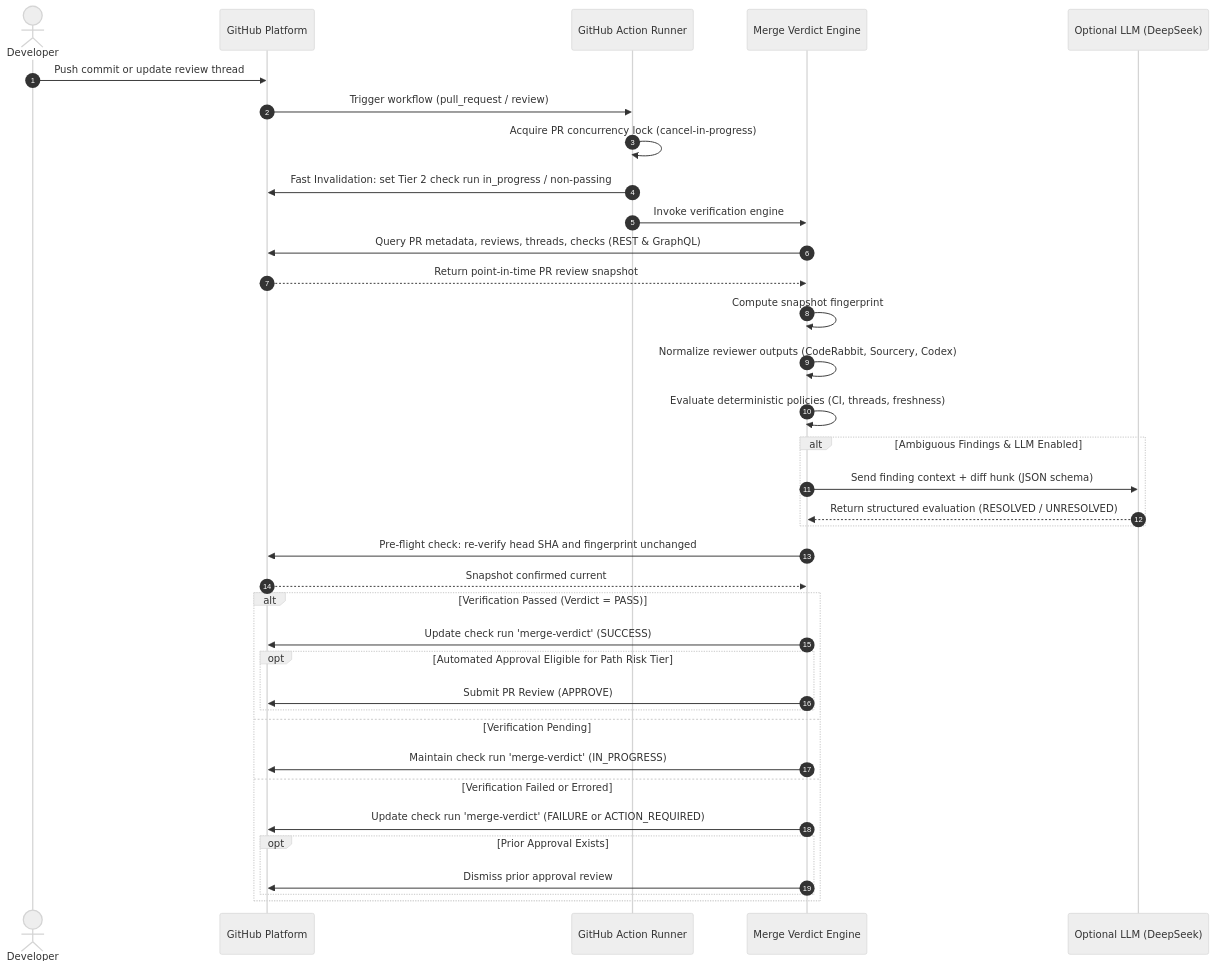
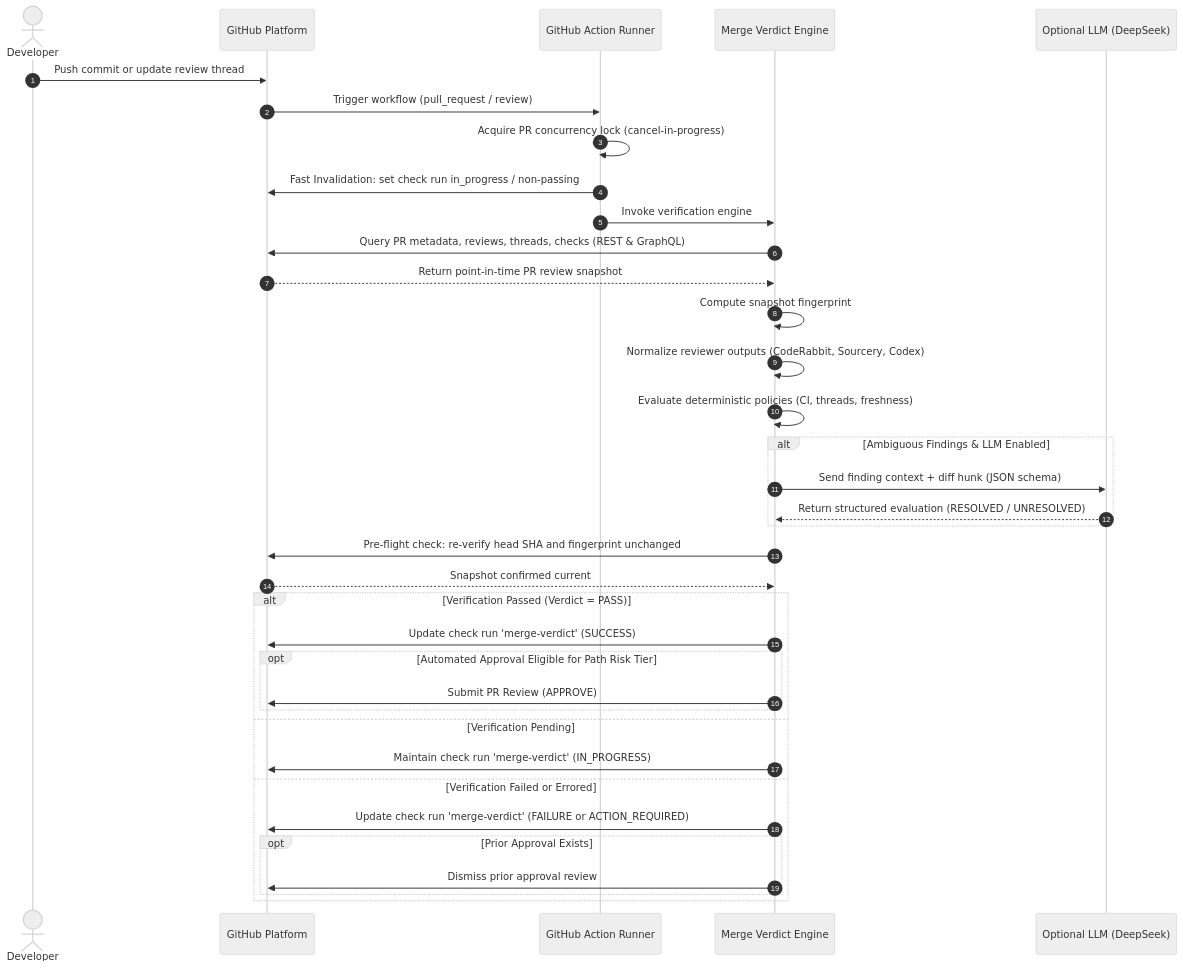
Before and after one commit to gordonpn/merge-verdict: the second of 2 diagrams in docs/architecture.md, drawn with Mermaid (neutral theme). The commit also changed other lines of this file and 9 other files, not shown here.

````diff
--- a/docs/architecture.md
+++ b/docs/architecture.md
@@ -163,44 +164,44 @@
 ```mermaid
 sequenceDiagram
     autonumber
     actor Dev as Developer
     participant GH as GitHub Platform
     participant WF as GitHub Action Runner
     participant Core as Merge Verdict Engine
     participant LLM as Optional LLM (DeepSeek)
 
     Dev->>GH: Push commit or update review thread
     GH->>WF: Trigger workflow (pull_request / review)
     WF->>WF: Acquire PR concurrency lock (cancel-in-progress)
-    WF->>GH: Fast Invalidation: set Tier 2 check run in_progress / non-passing
+    WF->>GH: Fast Invalidation: set check run in_progress / non-passing
     WF->>Core: Invoke verification engine
 
     Core->>GH: Query PR metadata, reviews, threads, checks (REST & GraphQL)
     GH-->>Core: Return point-in-time PR review snapshot
 
     Core->>Core: Compute snapshot fingerprint
     Core->>Core: Normalize reviewer outputs (CodeRabbit, Sourcery, Codex)
     Core->>Core: Evaluate deterministic policies (CI, threads, freshness)
 
     alt Ambiguous Findings & LLM Enabled
         Core->>LLM: Send finding context + diff hunk (JSON schema)
         LLM-->>Core: Return structured evaluation (RESOLVED / UNRESOLVED)
     end
 
     Core->>GH: Pre-flight check: re-verify head SHA and fingerprint unchanged
     GH-->>Core: Snapshot confirmed current
 
     alt Verification Passed (Verdict = PASS)
         Core->>GH: Update check run 'merge-verdict' (SUCCESS)
         opt Automated Approval Eligible for Path Risk Tier
             Core->>GH: Submit PR Review (APPROVE)
         end
     else Verification Pending
         Core->>GH: Maintain check run 'merge-verdict' (IN_PROGRESS)
     else Verification Failed or Errored
         Core->>GH: Update check run 'merge-verdict' (FAILURE or ACTION_REQUIRED)
         opt Prior Approval Exists
             Core->>GH: Dismiss prior approval review
         end
     end
 ```
````
